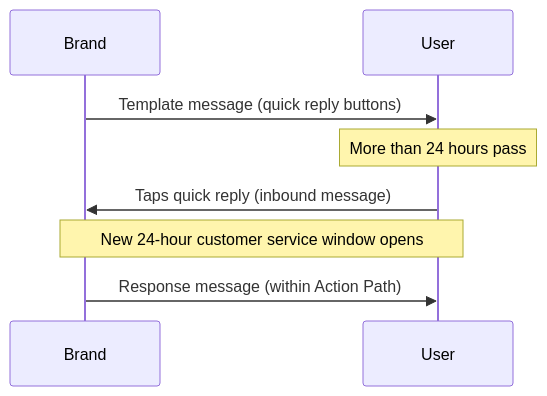
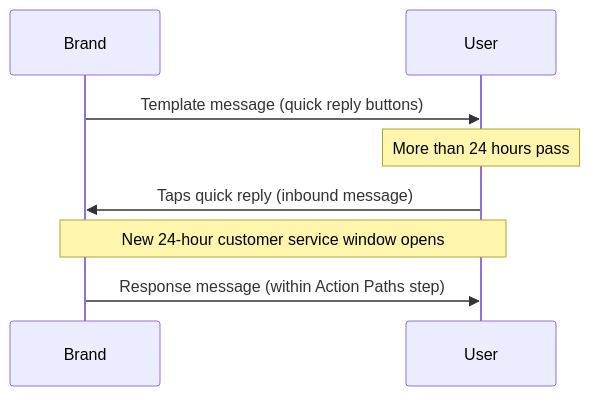
One commit to braze-inc/release-notes changed the diagram in docs/User Guide/channels/whatsapp/message_processing/messaging_users/index.md. Above: the diagram before and after it, drawn with Mermaid. The commit also changed other lines of this file and 235 other files, not shown here.

````diff
--- a/docs/User Guide/channels/whatsapp/message_processing/messaging_users/index.md
+++ b/docs/User Guide/channels/whatsapp/message_processing/messaging_users/index.md
@@ -160,10 +160,10 @@
 ```mermaid
 sequenceDiagram
     participant Brand
     participant User
     Brand->>User: Template message (quick reply buttons)
     Note over User: More than 24 hours pass
     User->>Brand: Taps quick reply (inbound message)
     Note over Brand,User: New 24-hour customer service window opens
-    Brand->>User: Response message (within Action Path)
+    Brand->>User: Response message (within Action Paths step)
 ```
````
